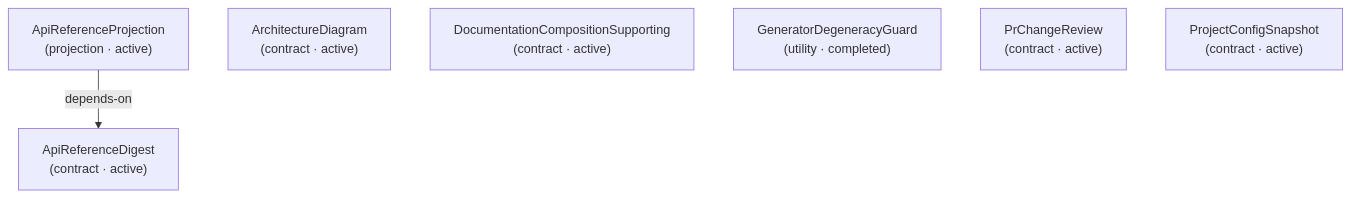
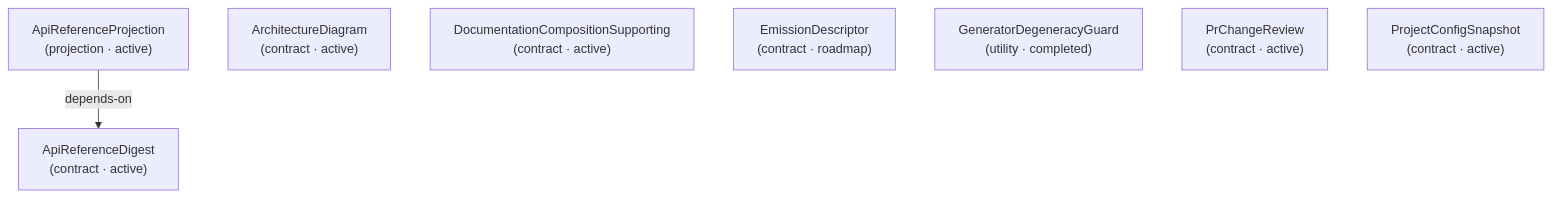
Before and after one commit to libar-dev/architect: the sixth of 24 diagrams in docs-live/DESIGN-REVIEW.md, drawn with Mermaid. The commit also changed other lines of this file and 8 other files, not shown here.

First line of the commit message:
feat(projection): finalize TaxonomyDocumentationCluster design + EmissionDescriptor

````diff
--- a/docs-live/DESIGN-REVIEW.md
+++ b/docs-live/DESIGN-REVIEW.md
@@ -158,11 +158,12 @@
 ```mermaid
 graph TD
   apireferencedigest["ApiReferenceDigest<br/>(contract · active)"]
   apireferenceprojection["ApiReferenceProjection<br/>(projection · active)"]
   architecturediagram["ArchitectureDiagram<br/>(contract · active)"]
   documentationcompositionsupporting["DocumentationCompositionSupporting<br/>(contract · active)"]
+  emissiondescriptor["EmissionDescriptor<br/>(contract · roadmap)"]
   generatordegeneracyguard["GeneratorDegeneracyGuard<br/>(utility · completed)"]
   prchangereview["PrChangeReview<br/>(contract · active)"]
   projectconfigsnapshot["ProjectConfigSnapshot<br/>(contract · active)"]
   apireferenceprojection -->|depends-on| apireferencedigest
 ```
````
